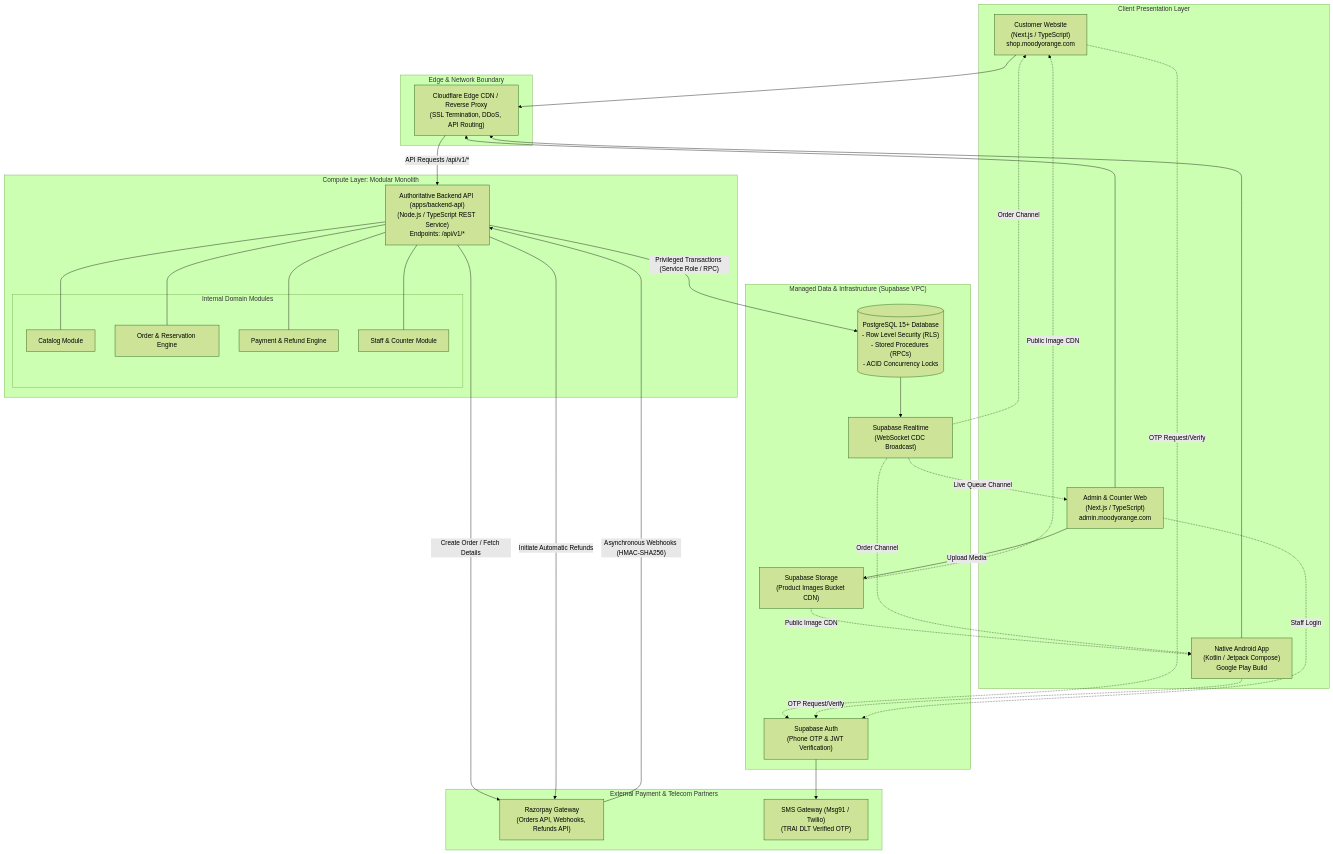
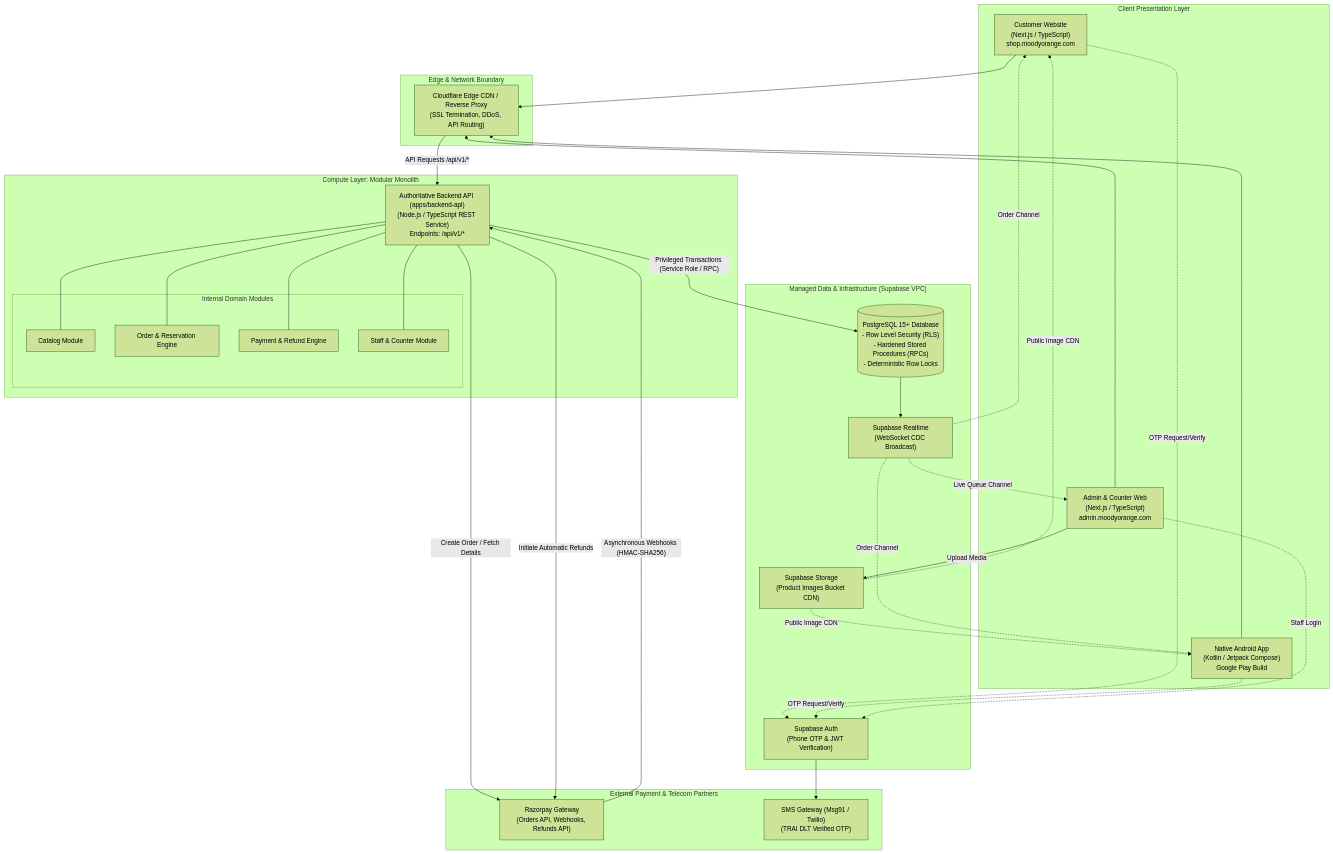
Before and after one commit to AbhinavKumar36/orange: the first of 5 diagrams in docs/phase-0/SYSTEM_ARCHITECTURE.md, drawn with Mermaid (forest theme). The commit also changed other lines of this file and 9 other files, not shown here.

Commit message:
docs(phase-0.3): final database and security consistency pass: checkout validation, customer-scoped idempotency, cash unpaid state, and function hardening

````diff
--- a/docs/phase-0/SYSTEM_ARCHITECTURE.md
+++ b/docs/phase-0/SYSTEM_ARCHITECTURE.md
@@ -68,66 +35,66 @@
 ```mermaid
 graph TB
     subgraph "Client Presentation Layer"
         CW["Customer Website<br/>(Next.js / TypeScript)<br/>shop.moodyorange.com"]
         AA["Native Android App<br/>(Kotlin / Jetpack Compose)<br/>Google Play Build"]
         AW["Admin & Counter Web<br/>(Next.js / TypeScript)<br/>admin.moodyorange.com"]
     end
 
     subgraph "Edge & Network Boundary"
         CDN["Cloudflare Edge CDN / Reverse Proxy<br/>(SSL Termination, DDoS, API Routing)"]
     end
 
     subgraph "Compute Layer: Modular Monolith"
         API["Authoritative Backend API (apps/backend-api)<br/>(Node.js / TypeScript REST Service)<br/>Endpoints: /api/v1/*"]
         
         subgraph "Internal Domain Modules"
             MOD_CAT["Catalog Module"]
             MOD_ORD["Order & Reservation Engine"]
             MOD_PAY["Payment & Refund Engine"]
             MOD_STF["Staff & Counter Module"]
         end
         API --- MOD_CAT
         API --- MOD_ORD
         API --- MOD_PAY
         API --- MOD_STF
     end
 
     subgraph "Managed Data & Infrastructure (Supabase VPC)"
         AUTH["Supabase Auth<br/>(Phone OTP & JWT Verification)"]
         RT["Supabase Realtime<br/>(WebSocket CDC Broadcast)"]
         ST["Supabase Storage<br/>(Product Images Bucket CDN)"]
-        PG[("PostgreSQL 15+ Database<br/>- Row Level Security (RLS)<br/>- Stored Procedures (RPCs)<br/>- ACID Concurrency Locks")]
+        PG[("PostgreSQL 15+ Database<br/>- Row Level Security (RLS)<br/>- Hardened Stored Procedures (RPCs)<br/>- Deterministic Row Locks")]
     end
 
     subgraph "External Payment & Telecom Partners"
         RP["Razorpay Gateway<br/>(Orders API, Webhooks, Refunds API)"]
         SMS["SMS Gateway (Msg91 / Twilio)<br/>(TRAI DLT Verified OTP)"]
     end
 
     %% Client traffic
     CW --> CDN
     AA --> CDN
     AW --> CDN
     CDN -->|"API Requests /api/v1/*"| API
 
     %% Auth Flows
     CW -.->|"OTP Request/Verify"| AUTH
     AA -.->|"OTP Request/Verify"| AUTH
     AW -.->|"Staff Login"| AUTH
     AUTH --> SMS
 
     %% Backend to Database & External
     API -->|"Privileged Transactions (Service Role / RPC)"| PG
     API -->|"Create Order / Fetch Details"| RP
     API -->|"Initiate Automatic Refunds"| RP
     RP -->|"Asynchronous Webhooks (HMAC-SHA256)"| API
 
     %% Storage & Realtime
     AW -->|"Upload Media"| ST
     ST -.->|"Public Image CDN"| CW
     ST -.->|"Public Image CDN"| AA
     PG --> RT
     RT -.->|"Order Channel"| CW
     RT -.->|"Order Channel"| AA
     RT -.->|"Live Queue Channel"| AW
 ```
````
